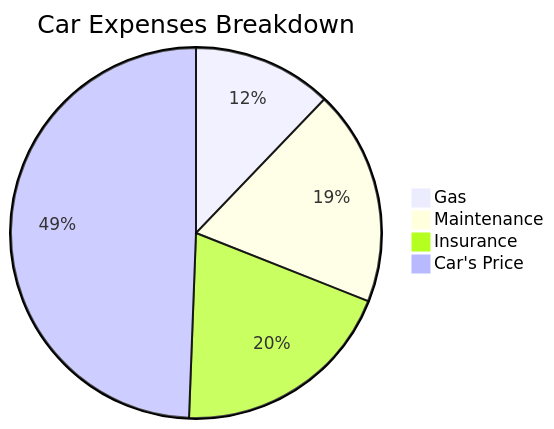
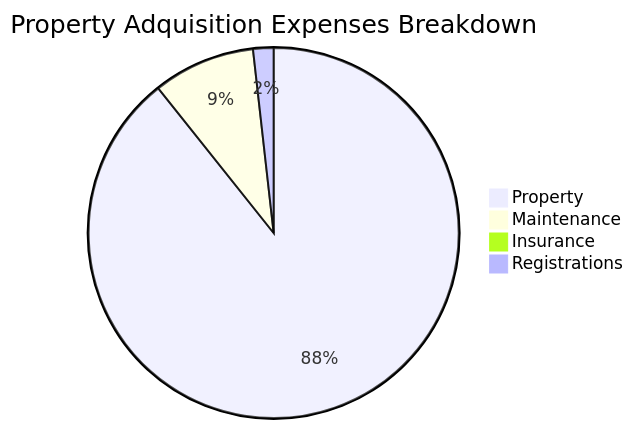
One commit to JAlcocerT/JAlcocerT changed the first of 2 diagrams in content/blog/outro-buying-house.md. Above: the diagram before and after it, drawn with Mermaid. The commit also changed other lines of this file and 5 other files, not shown here.

````diff
--- a/content/blog/outro-buying-house.md
+++ b/content/blog/outro-buying-house.md
@@ -20,7 +21,7 @@
 ```mermaid
-pie title Car Expenses Breakdown
-         "Gas" : 537
-         "Maintenance" : 831
-         "Insurance" : 865
-         "Car's Price" : 2180
+pie title Property Adquisition Expenses Breakdown
+         "Property" : 100
+         "Maintenance" : 10
+         "Insurance" : 1
+         "Registrations" : 2
 ```
````
